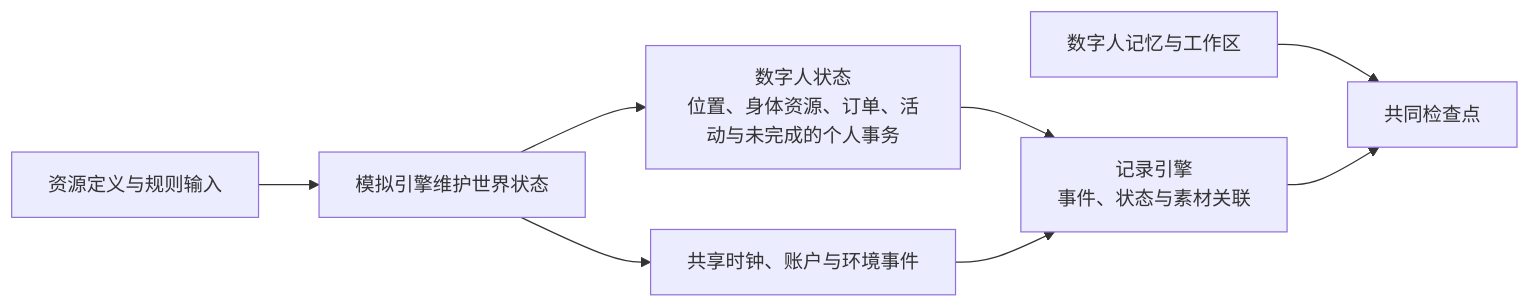
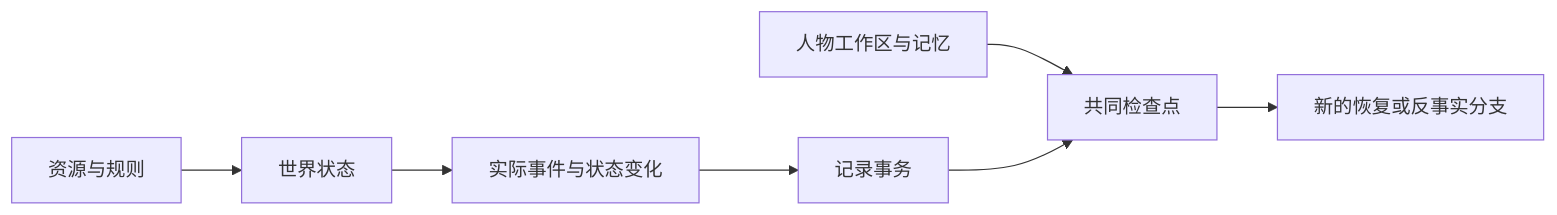
Before and after one commit to HoldThatThgt/WorldMock: the fifth of 5 diagrams in docs/design/01-architecture.md, drawn with Mermaid. The commit also changed other lines of this file and 875 other files, not shown here.

````diff
--- a/docs/design/01-architecture.md
+++ b/docs/design/01-architecture.md
@@ -266,10 +196,9 @@
 ```mermaid
 flowchart LR
-    R[资源定义与规则输入] --> W[模拟引擎维护世界状态]
-    W --> A[数字人状态<br/>位置、身体资源、订单、活动与未完成的个人事务]
-    W --> T[共享时钟、账户与环境事件]
-    A --> F[记录引擎<br/>事件、状态与素材关联]
-    T --> F
-    M[数字人记忆与工作区] --> C[共同检查点]
+    R[资源与规则] --> W[世界状态]
+    W --> E[实际事件与状态变化]
+    E --> F[记录事务]
+    P[人物工作区与记忆] --> C[共同检查点]
     F --> C
+    C --> B[新的恢复或反事实分支]
 ```
````
